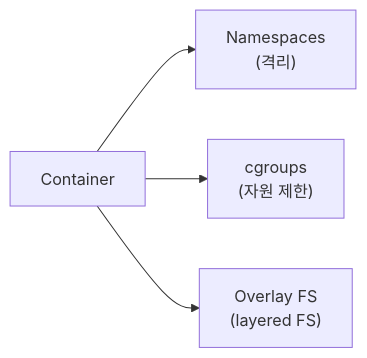
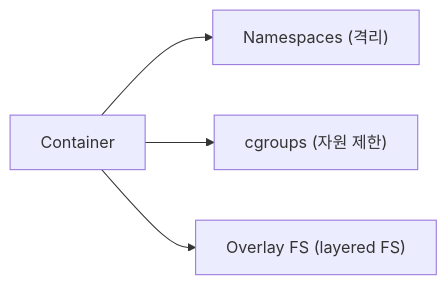
Before and after one commit to shinkeonkim/shinkeonkim.github.io: the first of 4 diagrams in src/content/wiki/virtualization/cgroups-namespaces.mdx, drawn with Mermaid. The commit also changed other lines of this file and 526 other files, not shown here.

First line of the commit message:
content(wiki): 전수조사 및 대규모 보강 (짧은 파일 0, mermaid +645)

````diff
--- a/src/content/wiki/virtualization/cgroups-namespaces.mdx
+++ b/src/content/wiki/virtualization/cgroups-namespaces.mdx
@@ -18,7 +20,7 @@
 ```mermaid
 flowchart LR
     Container[Container]
-    Container --> NS["Namespaces<br/>(격리)"]
-    Container --> CG["cgroups<br/>(자원 제한)"]
-    Container --> FS["Overlay FS<br/>(layered FS)"]
+    Container --> NS["Namespaces (격리)"]
+    Container --> CG["cgroups (자원 제한)"]
+    Container --> FS["Overlay FS (layered FS)"]
 ```
````
